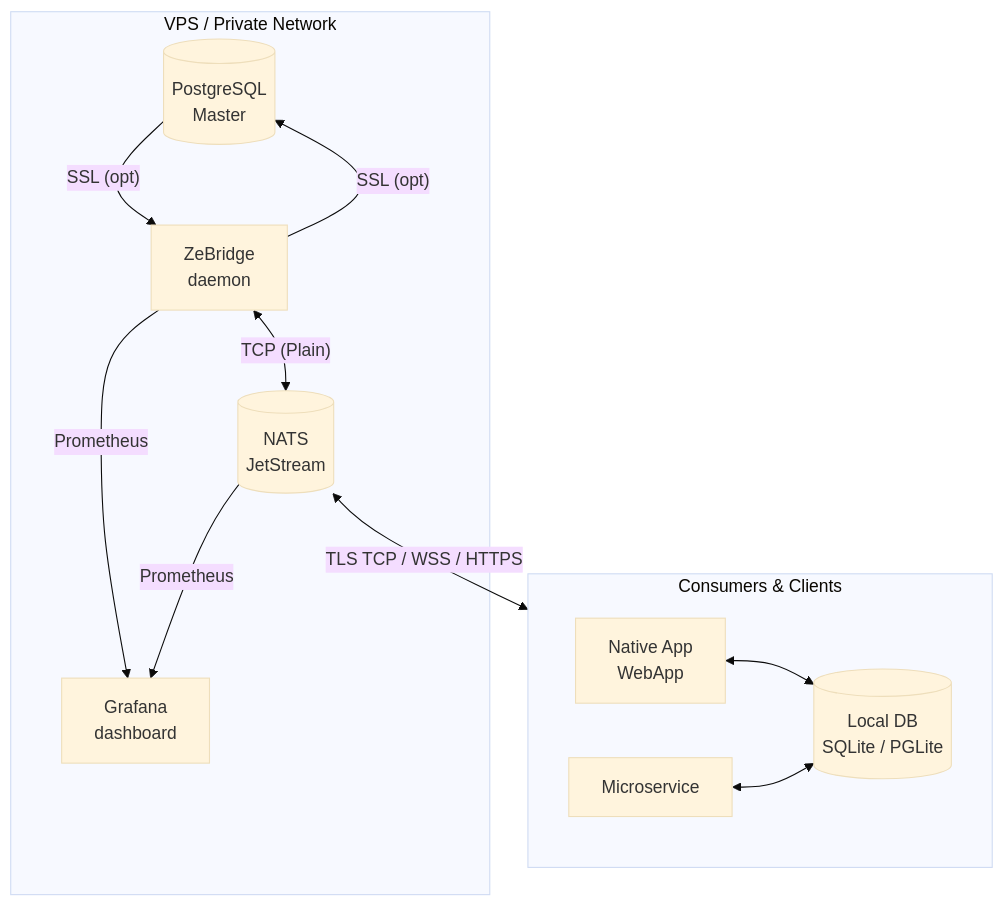
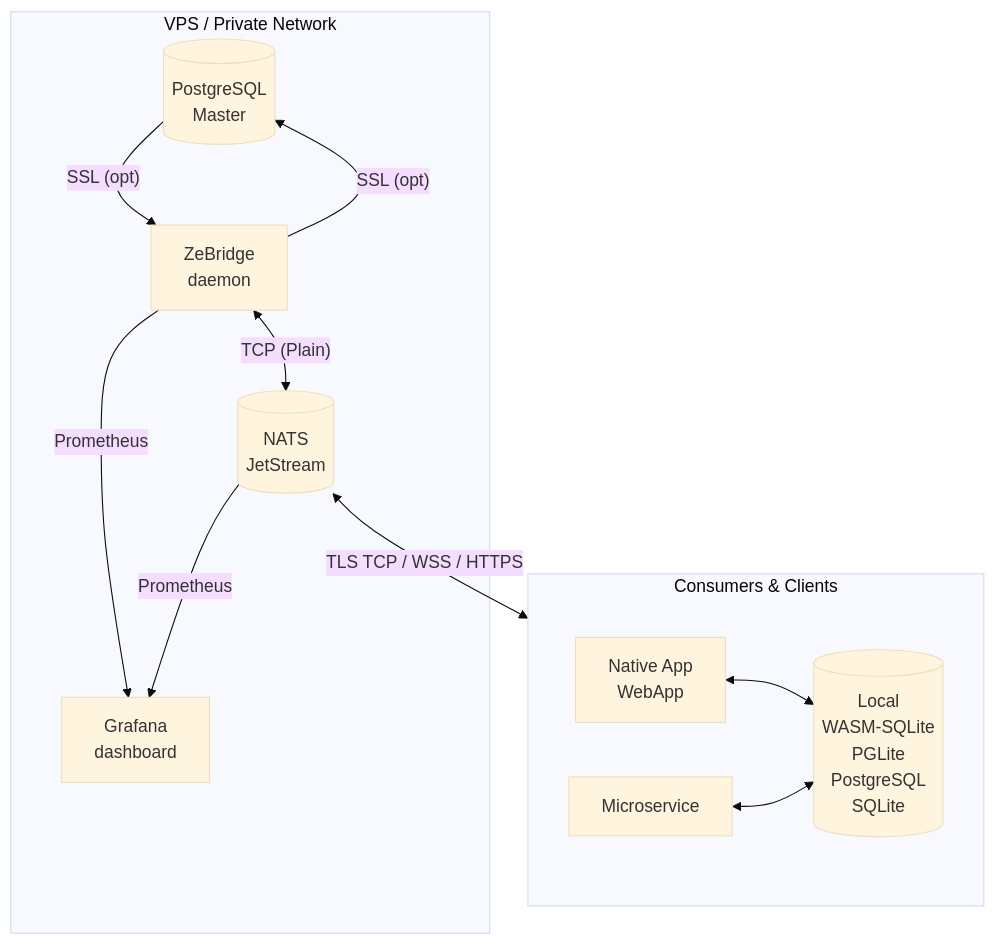
One commit to ndrean/ZeBridge changed the first of 2 diagrams in README.md. Above: the diagram before and after it, drawn with Mermaid (base theme). The commit also changed other lines of this file, not shown here.

````diff
--- a/README.md
+++ b/README.md
@@ -42,23 +42,23 @@
 ```mermaid
 flowchart TD
     subgraph VPS["VPS / Private Network"]
         PG[("PostgreSQL <br> Master")]
         Bridge["ZeBridge <br> daemon"]
         NATS[("NATS <br> JetStream")]
         Bridge -- Prometheus --> Grafana["Grafana <br> dashboard"]
         NATS -- Prometheus --> Grafana
 
         PG -- "SSL (opt)" --> Bridge
         Bridge -- "SSL (opt)" --> PG
         Bridge <--> |"TCP (Plain)"| NATS
     end
 
     NATS <--> |"TLS TCP / WSS / HTTPS"| Consumers
 
     subgraph Consumers["Consumers & Clients"]
         App["Native App <br> WebApp"]
         Server_Worker["Microservice"]
-        App <--> Local_DB[("Local DB <br> SQLite / PGLite")]
+        App <--> Local_DB[("Local<br> WASM-SQLite <br> PGLite <br> PostgreSQL <br> SQLite")]
         Server_Worker <--> Local_DB
     end
 ```
````
